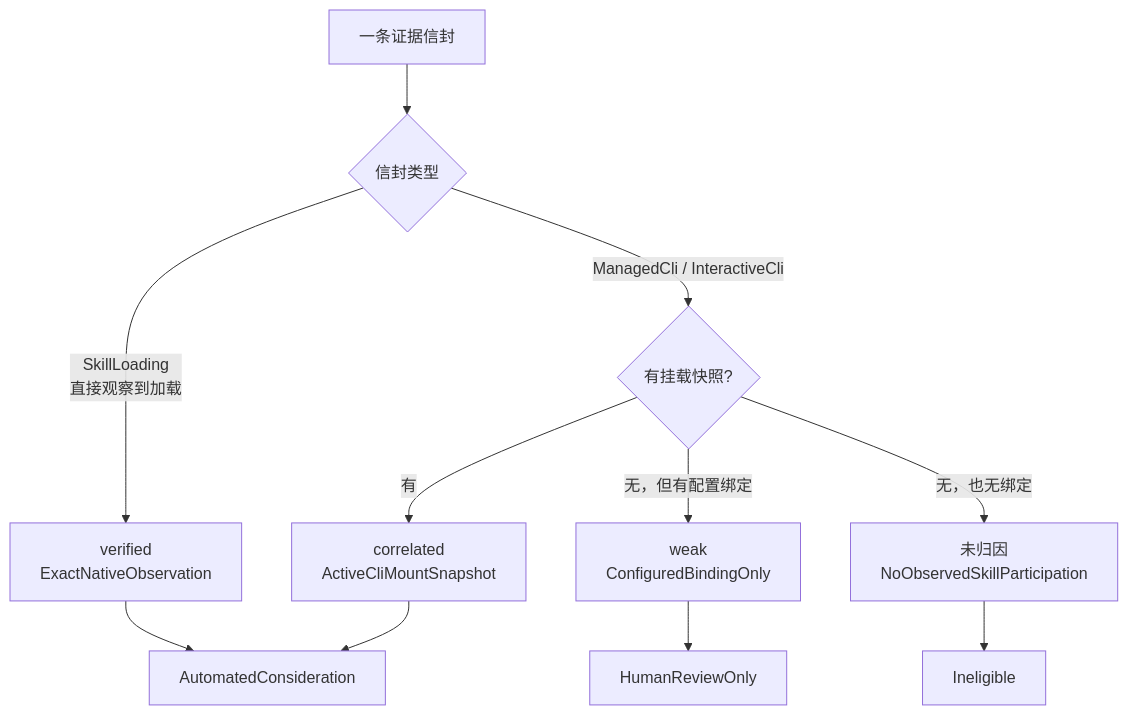
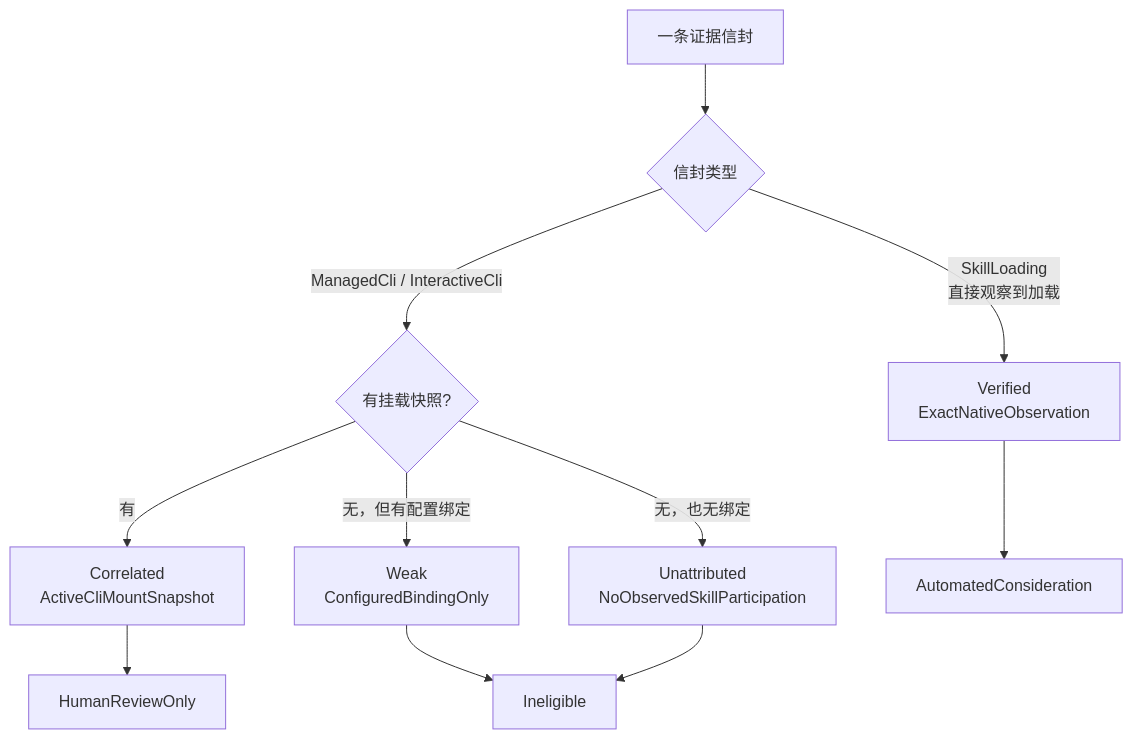
The diagram in docs/developer-guide/zh-CN/src/skill-evolution-evidence.md (cdavid817/vanehub-ai), drawn with Mermaid before and after one commit. The commit also changed other lines of this file and 2 other files, not shown here.

````diff
--- a/docs/developer-guide/zh-CN/src/skill-evolution-evidence.md
+++ b/docs/developer-guide/zh-CN/src/skill-evolution-evidence.md
@@ -38,14 +45,14 @@
 ```mermaid
 flowchart TB
   EV["一条证据信封"] --> KIND{"信封类型"}
-  KIND -->|"SkillLoading<br/>直接观察到加载"| VER["verified<br/>ExactNativeObservation"]
+  KIND -->|"SkillLoading<br/>直接观察到加载"| VER["Verified<br/>ExactNativeObservation"]
   KIND -->|"ManagedCli / InteractiveCli"| SNAP{"有挂载快照?"}
-  SNAP -->|"有"| COR["correlated<br/>ActiveCliMountSnapshot"]
-  SNAP -->|"无，但有配置绑定"| WEAK["weak<br/>ConfiguredBindingOnly"]
-  SNAP -->|"无，也无绑定"| NONE["未归因<br/>NoObservedSkillParticipation"]
+  SNAP -->|"有"| COR["Correlated<br/>ActiveCliMountSnapshot"]
+  SNAP -->|"无，但有配置绑定"| WEAK["Weak<br/>ConfiguredBindingOnly"]
+  SNAP -->|"无，也无绑定"| NONE["Unattributed<br/>NoObservedSkillParticipation"]
 
   VER --> AUTO["AutomatedConsideration"]
-  COR --> AUTO
-  WEAK --> HUM["HumanReviewOnly"]
-  NONE --> INE["Ineligible"]
+  COR --> HUM["HumanReviewOnly"]
+  WEAK --> INE["Ineligible"]
+  NONE --> INE
 ```
````
